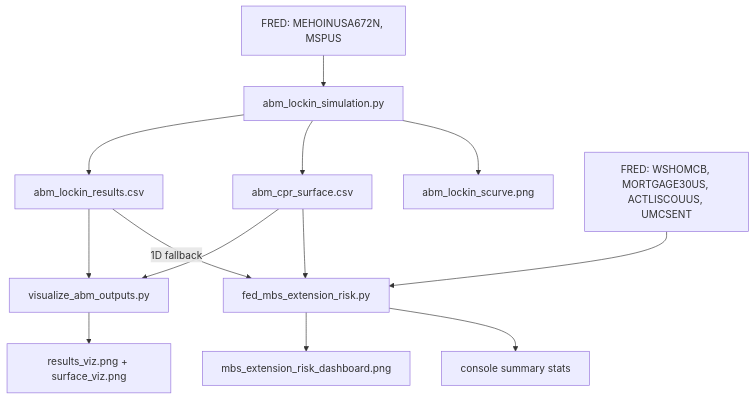
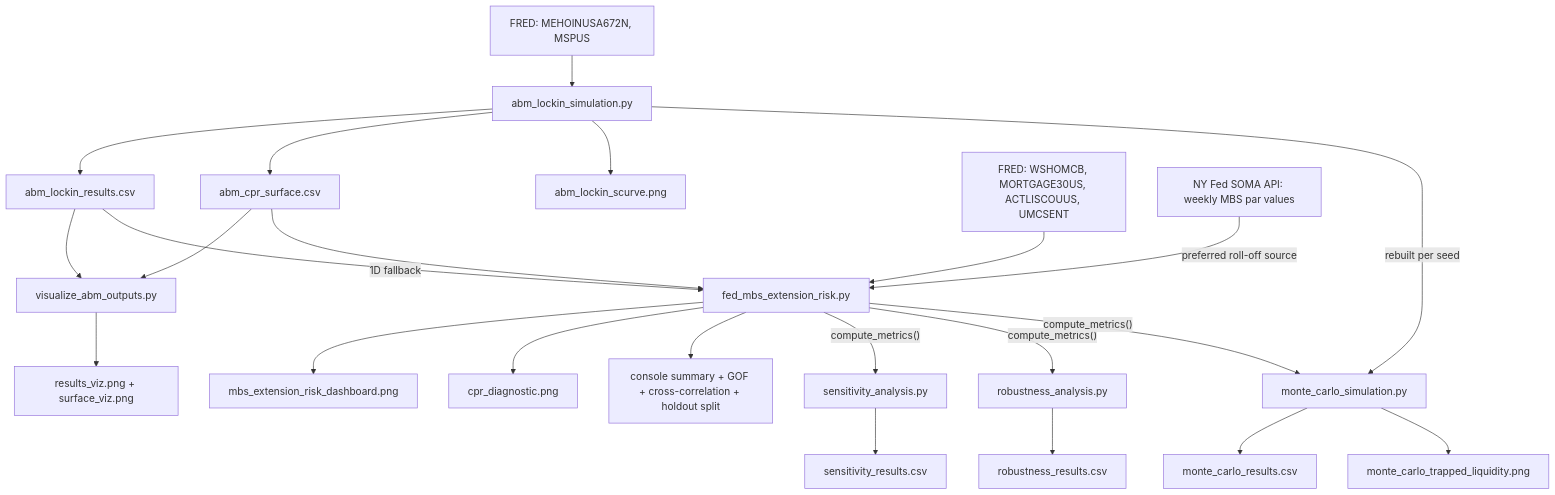
Before and after one commit to eugeneoCMU/Lock-in-Effect: the diagram in README.md, drawn with Mermaid. The commit also changed other lines of this file and 13 other files, not shown here.

First line of the commit message:
Correct trapped-liquidity benchmark and add validation suite

````diff
--- a/README.md
+++ b/README.md
@@ -62,17 +75,28 @@
 ```mermaid
 flowchart TD
   fredABM["FRED: MEHOINUSA672N, MSPUS"] --> abm["abm_lockin_simulation.py"]
   abm --> resultsCSV["abm_lockin_results.csv"]
   abm --> surfaceCSV["abm_cpr_surface.csv"]
   abm --> scurvePNG["abm_lockin_scurve.png"]
 
   resultsCSV --> viz["visualize_abm_outputs.py"]
   surfaceCSV --> viz
   viz --> vizPNGs["results_viz.png + surface_viz.png"]
 
   fredMacro["FRED: WSHOMCB, MORTGAGE30US, ACTLISCOUUS, UMCSENT"] --> macro["fed_mbs_extension_risk.py"]
+  soma["NY Fed SOMA API: weekly MBS par values"] -->|"preferred roll-off source"| macro
   surfaceCSV --> macro
   resultsCSV -->|"1D fallback"| macro
   macro --> dashboard["mbs_extension_risk_dashboard.png"]
-  macro --> summary["console summary stats"]
+  macro --> cprDiag["cpr_diagnostic.png"]
+  macro --> summary["console summary + GOF + cross-correlation + holdout split"]
+
+  macro -->|"compute_metrics()"| sens["sensitivity_analysis.py"]
+  macro -->|"compute_metrics()"| robust["robustness_analysis.py"]
+  abm -->|"rebuilt per seed"| mc["monte_carlo_simulation.py"]
+  macro -->|"compute_metrics()"| mc
+  sens --> sensCSV["sensitivity_results.csv"]
+  robust --> robustCSV["robustness_results.csv"]
+  mc --> mcCSV["monte_carlo_results.csv"]
+  mc --> mcPNG["monte_carlo_trapped_liquidity.png"]
 ```
````
